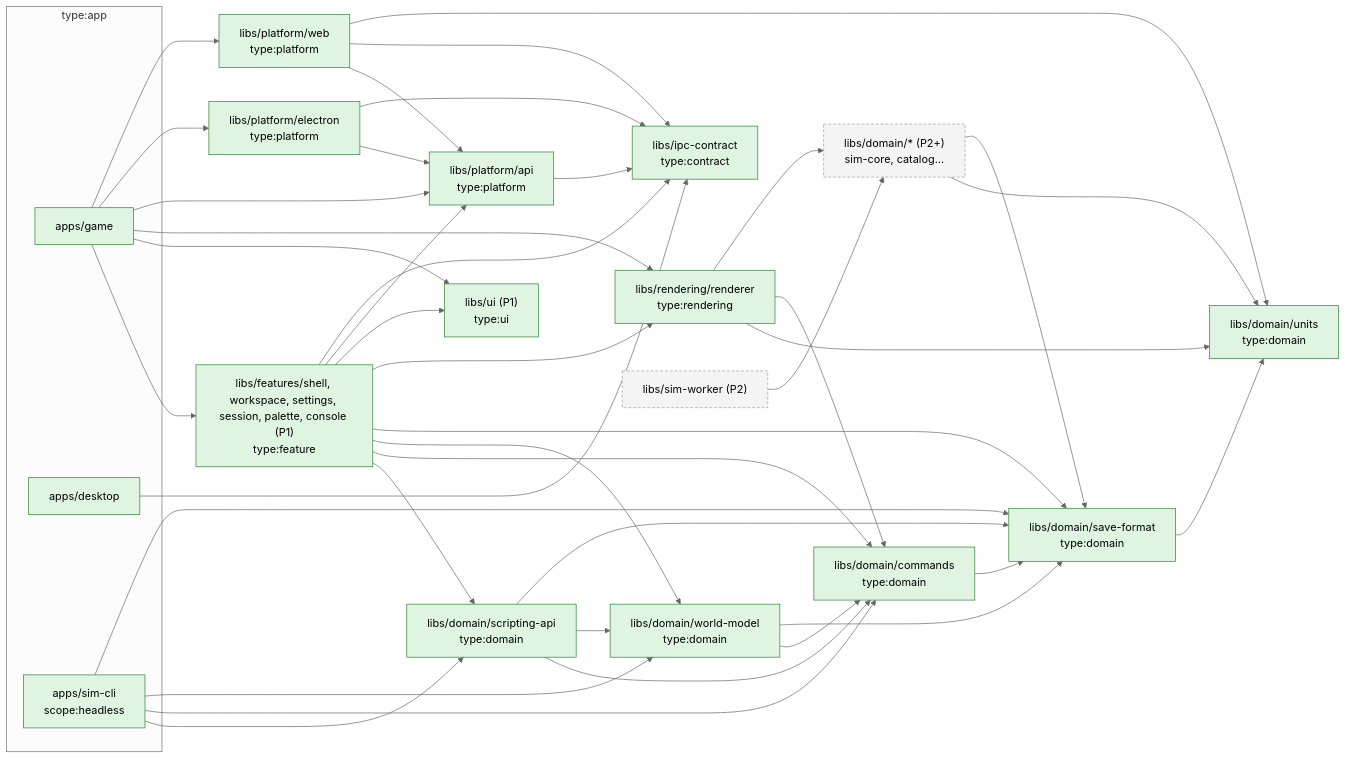
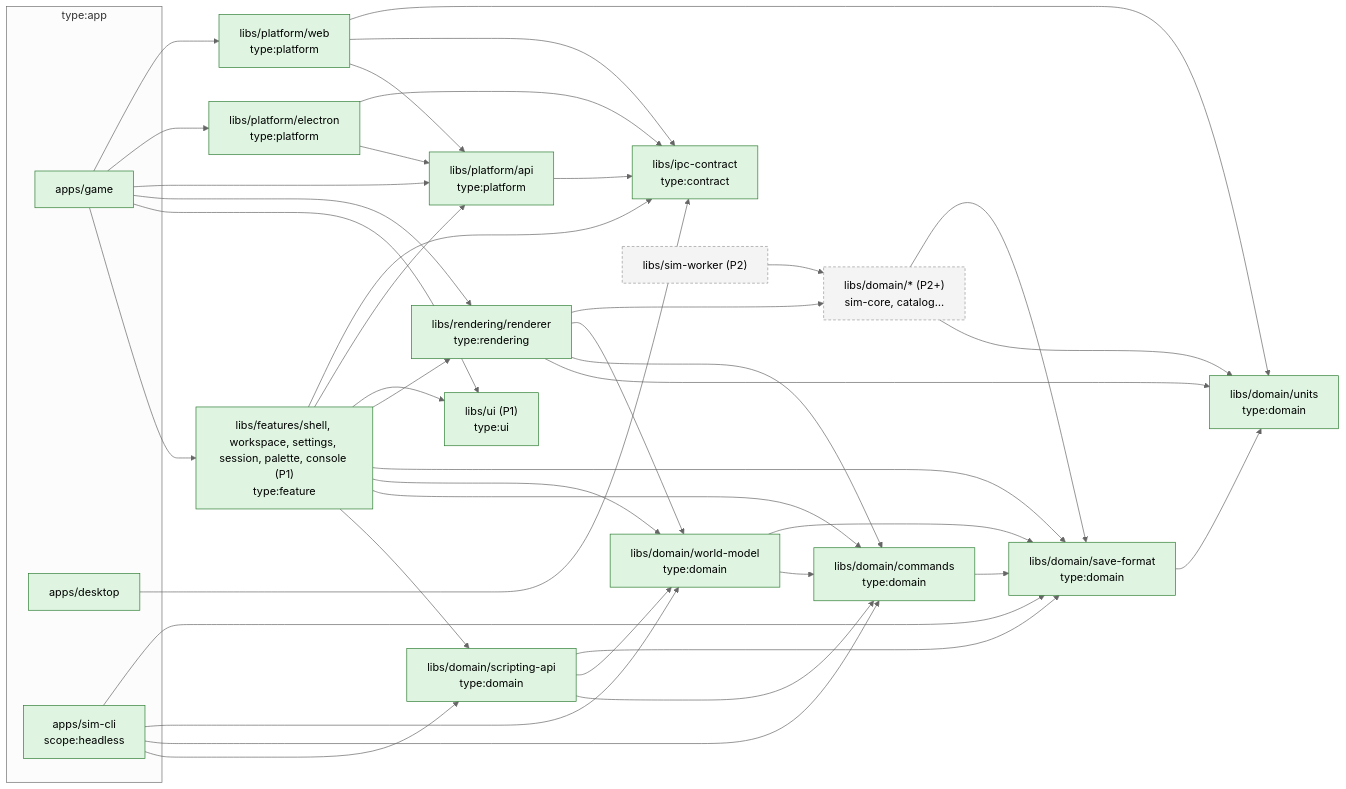
The second of 3 diagrams in docs/architecture/overview.md (joebarbere/controls), drawn with Mermaid (neutral theme) before and after one commit. The commit also changed other lines of this file and 72 other files, not shown here.

````diff
--- a/docs/architecture/overview.md
+++ b/docs/architecture/overview.md
@@ -68,42 +70,42 @@
 ```mermaid
 flowchart LR
     classDef p0 fill:#dff5e1,stroke:#2e7d32;
     classDef later fill:#f4f4f4,stroke:#999,stroke-dasharray: 4 3;
 
     subgraph apps["type:app"]
         GAME["apps/game"]:::p0
         DESK["apps/desktop"]:::p0
         SIMCLI["apps/sim-cli<br/>scope:headless"]:::p0
     end
 
     FEAT["libs/features/shell, workspace, settings, session, palette, console (P1)<br/>type:feature"]:::p0
     UI["libs/ui (P1)<br/>type:ui"]:::p0
     REND["libs/rendering/renderer<br/>type:rendering"]:::p0
     PAPI["libs/platform/api<br/>type:platform"]:::p0
     PEL["libs/platform/electron<br/>type:platform"]:::p0
     PWEB["libs/platform/web<br/>type:platform"]:::p0
     IPC["libs/ipc-contract<br/>type:contract"]:::p0
     UNITS["libs/domain/units<br/>type:domain"]:::p0
     SF["libs/domain/save-format<br/>type:domain"]:::p0
     CMDS["libs/domain/commands<br/>type:domain"]:::p0
     WM["libs/domain/world-model<br/>type:domain"]:::p0
     SAPI["libs/domain/scripting-api<br/>type:domain"]:::p0
     DOM["libs/domain/* (P2+)<br/>sim-core, catalog…"]:::later
     WORKER["libs/sim-worker (P2)"]:::later
 
     GAME --> FEAT & UI & REND & PAPI & PEL & PWEB
     DESK --> IPC
     SIMCLI --> SAPI & CMDS & WM & SF
     FEAT --> SAPI & CMDS & WM & SF & REND & UI & PAPI & IPC
-    REND --> UNITS & CMDS & DOM
+    REND --> UNITS & CMDS & WM & DOM
     PAPI --> IPC
     PEL --> PAPI & IPC
     PWEB --> PAPI & IPC & UNITS
     WORKER --> DOM
     DOM --> UNITS
     SF --> UNITS
     CMDS --> SF
     WM --> CMDS & SF
     SAPI --> CMDS & WM & SF
     DOM --> SF
 ```
````
